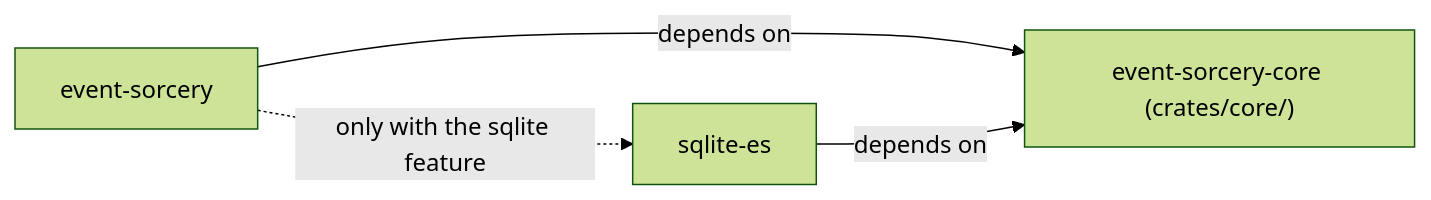
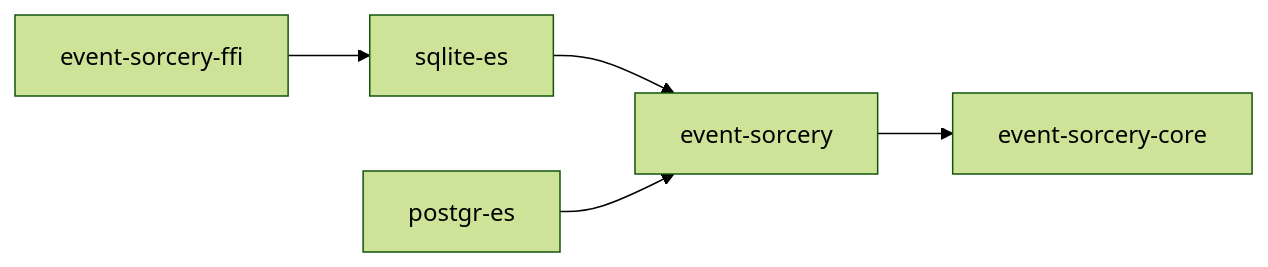
The diagram in adrs/0016-separate-persistence-core-from-sqlite.md (dataclique/event-sorcery), drawn with Mermaid (forest theme) before and after one commit. The commit also changed other lines of this file and 1 other file, not shown here.

Commit message:
define the framework boundary for both storage adapters

````diff
--- a/adrs/0016-separate-persistence-core-from-sqlite.md
+++ b/adrs/0016-separate-persistence-core-from-sqlite.md
@@ -25,6 +29,7 @@
 ```mermaid
 flowchart LR
-    framework["event-sorcery"] -->|"depends on"| core["event-sorcery-core (crates/core/)"]
-    sqlite["sqlite-es"] -->|"depends on"| core
-    framework -.->|"only with the sqlite feature"| sqlite
+    sqlite[sqlite-es] --> framework[event-sorcery]
+    postgres[postgr-es] --> framework
+    framework --> core[event-sorcery-core]
+    ffi[event-sorcery-ffi] --> sqlite
 ```
````
